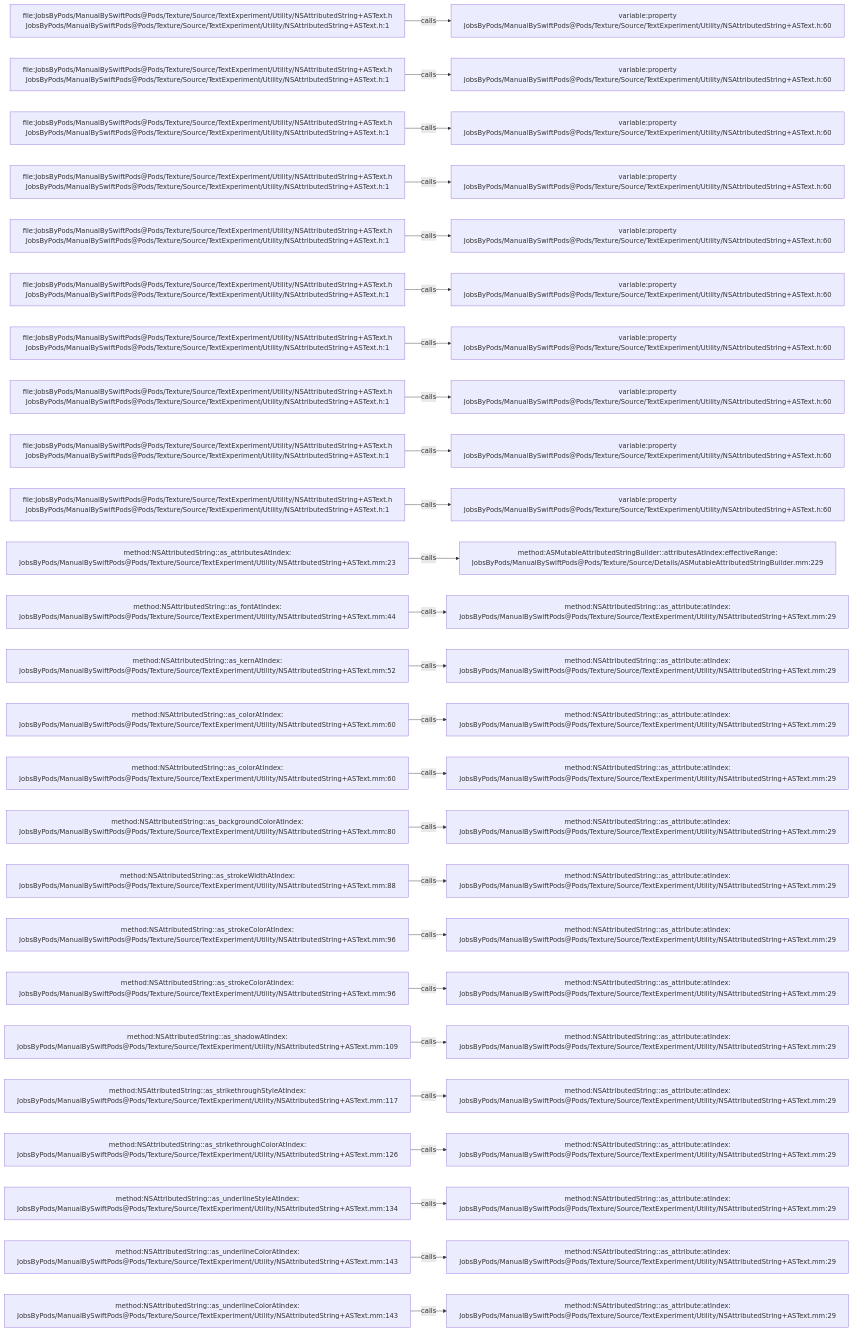
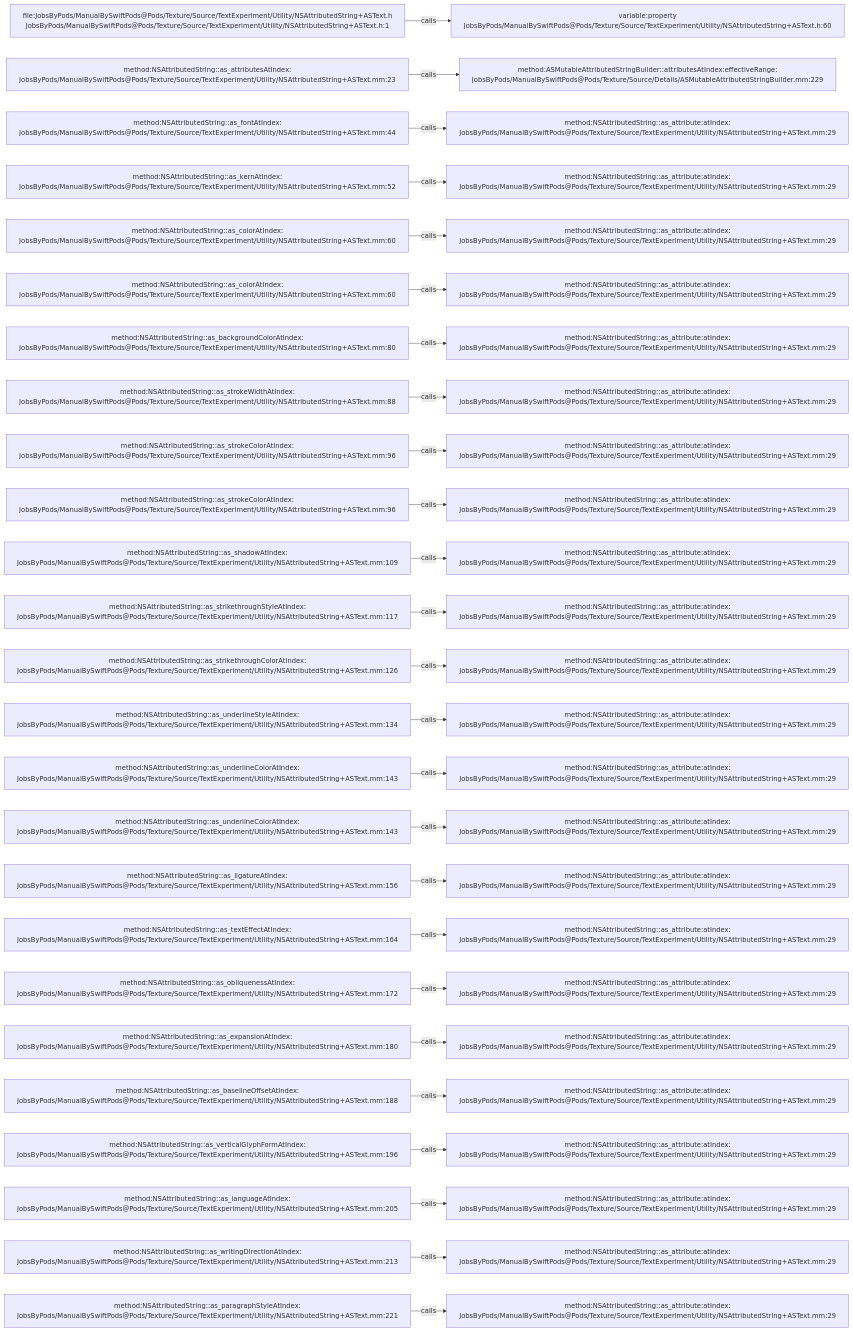
One commit to JobsKits/JobsSwiftBaseConfigDemo changed the diagram in .codegraph/codegraph.md/graphs/calls-142.md. Above: the diagram before and after it, drawn with Mermaid. The commit also changed 707 other files, not shown here.

````diff
--- a/.codegraph/codegraph.md/graphs/calls-142.md
+++ b/.codegraph/codegraph.md/graphs/calls-142.md
@@ -13,78 +13,78 @@
 ```mermaid
 flowchart LR
   S1["file:JobsByPods/ManualBySwiftPods@Pods/Texture/Source/TextExperiment/Utility/NSAttributedString+ASText.h<br/>JobsByPods/ManualBySwiftPods@Pods/Texture/Source/TextExperiment/Utility/NSAttributedString+ASText.h:1"]
   T1["variable:property<br/>JobsByPods/ManualBySwiftPods@Pods/Texture/Source/TextExperiment/Utility/NSAttributedString+ASText.h:60"]
   S1 -->|calls| T1
-  S2["file:JobsByPods/ManualBySwiftPods@Pods/Texture/Source/TextExperiment/Utility/NSAttributedString+ASText.h<br/>JobsByPods/ManualBySwiftPods@Pods/Texture/Source/TextExperiment/Utility/NSAttributedString+ASText.h:1"]
-  T2["variable:property<br/>JobsByPods/ManualBySwiftPods@Pods/Texture/Source/TextExperiment/Utility/NSAttributedString+ASText.h:60"]
+  S2["method:NSAttributedString::as_attributesAtIndex:<br/>JobsByPods/ManualBySwiftPods@Pods/Texture/Source/TextExperiment/Utility/NSAttributedString+ASText.mm:23"]
+  T2["method:ASMutableAttributedStringBuilder::attributesAtIndex:effectiveRange:<br/>JobsByPods/ManualBySwiftPods@Pods/Texture/Source/Details/ASMutableAttributedStringBuilder.mm:229"]
   S2 -->|calls| T2
-  S3["file:JobsByPods/ManualBySwiftPods@Pods/Texture/Source/TextExperiment/Utility/NSAttributedString+ASText.h<br/>JobsByPods/ManualBySwiftPods@Pods/Texture/Source/TextExperiment/Utility/NSAttributedString+ASText.h:1"]
-  T3["variable:property<br/>JobsByPods/ManualBySwiftPods@Pods/Texture/Source/TextExperiment/Utility/NSAttributedString+ASText.h:60"]
+  S3["method:NSAttributedString::as_fontAtIndex:<br/>JobsByPods/ManualBySwiftPods@Pods/Texture/Source/TextExperiment/Utility/NSAttributedString+ASText.mm:44"]
+  T3["method:NSAttributedString::as_attribute:atIndex:<br/>JobsByPods/ManualBySwiftPods@Pods/Texture/Source/TextExperiment/Utility/NSAttributedString+ASText.mm:29"]
   S3 -->|calls| T3
-  S4["file:JobsByPods/ManualBySwiftPods@Pods/Texture/Source/TextExperiment/Utility/NSAttributedString+ASText.h<br/>JobsByPods/ManualBySwiftPods@Pods/Texture/Source/TextExperiment/Utility/NSAttributedString+ASText.h:1"]
-  T4["variable:property<br/>JobsByPods/ManualBySwiftPods@Pods/Texture/Source/TextExperiment/Utility/NSAttributedString+ASText.h:60"]
+  S4["method:NSAttributedString::as_kernAtIndex:<br/>JobsByPods/ManualBySwiftPods@Pods/Texture/Source/TextExperiment/Utility/NSAttributedString+ASText.mm:52"]
+  T4["method:NSAttributedString::as_attribute:atIndex:<br/>JobsByPods/ManualBySwiftPods@Pods/Texture/Source/TextExperiment/Utility/NSAttributedString+ASText.mm:29"]
   S4 -->|calls| T4
-  S5["file:JobsByPods/ManualBySwiftPods@Pods/Texture/Source/TextExperiment/Utility/NSAttributedString+ASText.h<br/>JobsByPods/ManualBySwiftPods@Pods/Texture/Source/TextExperiment/Utility/NSAttributedString+ASText.h:1"]
-  T5["variable:property<br/>JobsByPods/ManualBySwiftPods@Pods/Texture/Source/TextExperiment/Utility/NSAttributedString+ASText.h:60"]
+  S5["method:NSAttributedString::as_colorAtIndex:<br/>JobsByPods/ManualBySwiftPods@Pods/Texture/Source/TextExperiment/Utility/NSAttributedString+ASText.mm:60"]
+  T5["method:NSAttributedString::as_attribute:atIndex:<br/>JobsByPods/ManualBySwiftPods@Pods/Texture/Source/TextExperiment/Utility/NSAttributedString+ASText.mm:29"]
   S5 -->|calls| T5
-  S6["file:JobsByPods/ManualBySwiftPods@Pods/Texture/Source/TextExperiment/Utility/NSAttributedString+ASText.h<br/>JobsByPods/ManualBySwiftPods@Pods/Texture/Source/TextExperiment/Utility/NSAttributedString+ASText.h:1"]
-  T6["variable:property<br/>JobsByPods/ManualBySwiftPods@Pods/Texture/Source/TextExperiment/Utility/NSAttributedString+ASText.h:60"]
+  S6["method:NSAttributedString::as_colorAtIndex:<br/>JobsByPods/ManualBySwiftPods@Pods/Texture/Source/TextExperiment/Utility/NSAttributedString+ASText.mm:60"]
+  T6["method:NSAttributedString::as_attribute:atIndex:<br/>JobsByPods/ManualBySwiftPods@Pods/Texture/Source/TextExperiment/Utility/NSAttributedString+ASText.mm:29"]
   S6 -->|calls| T6
-  S7["file:JobsByPods/ManualBySwiftPods@Pods/Texture/Source/TextExperiment/Utility/NSAttributedString+ASText.h<br/>JobsByPods/ManualBySwiftPods@Pods/Texture/Source/TextExperiment/Utility/NSAttributedString+ASText.h:1"]
-  T7["variable:property<br/>JobsByPods/ManualBySwiftPods@Pods/Texture/Source/TextExperiment/Utility/NSAttributedString+ASText.h:60"]
+  S7["method:NSAttributedString::as_backgroundColorAtIndex:<br/>JobsByPods/ManualBySwiftPods@Pods/Texture/Source/TextExperiment/Utility/NSAttributedString+ASText.mm:80"]
+  T7["method:NSAttributedString::as_attribute:atIndex:<br/>JobsByPods/ManualBySwiftPods@Pods/Texture/Source/TextExperiment/Utility/NSAttributedString+ASText.mm:29"]
   S7 -->|calls| T7
-  S8["file:JobsByPods/ManualBySwiftPods@Pods/Texture/Source/TextExperiment/Utility/NSAttributedString+ASText.h<br/>JobsByPods/ManualBySwiftPods@Pods/Texture/Source/TextExperiment/Utility/NSAttributedString+ASText.h:1"]
-  T8["variable:property<br/>JobsByPods/ManualBySwiftPods@Pods/Texture/Source/TextExperiment/Utility/NSAttributedString+ASText.h:60"]
+  S8["method:NSAttributedString::as_strokeWidthAtIndex:<br/>JobsByPods/ManualBySwiftPods@Pods/Texture/Source/TextExperiment/Utility/NSAttributedString+ASText.mm:88"]
+  T8["method:NSAttributedString::as_attribute:atIndex:<br/>JobsByPods/ManualBySwiftPods@Pods/Texture/Source/TextExperiment/Utility/NSAttributedString+ASText.mm:29"]
   S8 -->|calls| T8
-  S9["file:JobsByPods/ManualBySwiftPods@Pods/Texture/Source/TextExperiment/Utility/NSAttributedString+ASText.h<br/>JobsByPods/ManualBySwiftPods@Pods/Texture/Source/TextExperiment/Utility/NSAttributedString+ASText.h:1"]
-  T9["variable:property<br/>JobsByPods/ManualBySwiftPods@Pods/Texture/Source/TextExperiment/Utility/NSAttributedString+ASText.h:60"]
+  S9["method:NSAttributedString::as_strokeColorAtIndex:<br/>JobsByPods/ManualBySwiftPods@Pods/Texture/Source/TextExperiment/Utility/NSAttributedString+ASText.mm:96"]
+  T9["method:NSAttributedString::as_attribute:atIndex:<br/>JobsByPods/ManualBySwiftPods@Pods/Texture/Source/TextExperiment/Utility/NSAttributedString+ASText.mm:29"]
   S9 -->|calls| T9
-  S10["file:JobsByPods/ManualBySwiftPods@Pods/Texture/Source/TextExperiment/Utility/NSAttributedString+ASText.h<br/>JobsByPods/ManualBySwiftPods@Pods/Texture/Source/TextExperiment/Utility/NSAttributedString+ASText.h:1"]
-  T10["variable:property<br/>JobsByPods/ManualBySwiftPods@Pods/Texture/Source/TextExperiment/Utility/NSAttributedString+ASText.h:60"]
+  S10["method:NSAttributedString::as_strokeColorAtIndex:<br/>JobsByPods/ManualBySwiftPods@Pods/Texture/Source/TextExperiment/Utility/NSAttributedString+ASText.mm:96"]
+  T10["method:NSAttributedString::as_attribute:atIndex:<br/>JobsByPods/ManualBySwiftPods@Pods/Texture/Source/TextExperiment/Utility/NSAttributedString+ASText.mm:29"]
   S10 -->|calls| T10
-  S11["method:NSAttributedString::as_attributesAtIndex:<br/>JobsByPods/ManualBySwiftPods@Pods/Texture/Source/TextExperiment/Utility/NSAttributedString+ASText.mm:23"]
-  T11["method:ASMutableAttributedStringBuilder::attributesAtIndex:effectiveRange:<br/>JobsByPods/ManualBySwiftPods@Pods/Texture/Source/Details/ASMutableAttributedStringBuilder.mm:229"]
+  S11["method:NSAttributedString::as_shadowAtIndex:<br/>JobsByPods/ManualBySwiftPods@Pods/Texture/Source/TextExperiment/Utility/NSAttributedString+ASText.mm:109"]
+  T11["method:NSAttributedString::as_attribute:atIndex:<br/>JobsByPods/ManualBySwiftPods@Pods/Texture/Source/TextExperiment/Utility/NSAttributedString+ASText.mm:29"]
   S11 -->|calls| T11
-  S12["method:NSAttributedString::as_fontAtIndex:<br/>JobsByPods/ManualBySwiftPods@Pods/Texture/Source/TextExperiment/Utility/NSAttributedString+ASText.mm:44"]
+  S12["method:NSAttributedString::as_strikethroughStyleAtIndex:<br/>JobsByPods/ManualBySwiftPods@Pods/Texture/Source/TextExperiment/Utility/NSAttributedString+ASText.mm:117"]
   T12["method:NSAttributedString::as_attribute:atIndex:<br/>JobsByPods/ManualBySwiftPods@Pods/Texture/Source/TextExperiment/Utility/NSAttributedString+ASText.mm:29"]
   S12 -->|calls| T12
-  S13["method:NSAttributedString::as_kernAtIndex:<br/>JobsByPods/ManualBySwiftPods@Pods/Texture/Source/TextExperiment/Utility/NSAttributedString+ASText.mm:52"]
+  S13["method:NSAttributedString::as_strikethroughColorAtIndex:<br/>JobsByPods/ManualBySwiftPods@Pods/Texture/Source/TextExperiment/Utility/NSAttributedString+ASText.mm:126"]
   T13["method:NSAttributedString::as_attribute:atIndex:<br/>JobsByPods/ManualBySwiftPods@Pods/Texture/Source/TextExperiment/Utility/NSAttributedString+ASText.mm:29"]
   S13 -->|calls| T13
-  S14["method:NSAttributedString::as_colorAtIndex:<br/>JobsByPods/ManualBySwiftPods@Pods/Texture/Source/TextExperiment/Utility/NSAttributedString+ASText.mm:60"]
+  S14["method:NSAttributedString::as_underlineStyleAtIndex:<br/>JobsByPods/ManualBySwiftPods@Pods/Texture/Source/TextExperiment/Utility/NSAttributedString+ASText.mm:134"]
   T14["method:NSAttributedString::as_attribute:atIndex:<br/>JobsByPods/ManualBySwiftPods@Pods/Texture/Source/TextExperiment/Utility/NSAttributedString+ASText.mm:29"]
   S14 -->|calls| T14
-  S15["method:NSAttributedString::as_colorAtIndex:<br/>JobsByPods/ManualBySwiftPods@Pods/Texture/Source/TextExperiment/Utility/NSAttributedString+ASText.mm:60"]
+  S15["method:NSAttributedString::as_underlineColorAtIndex:<br/>JobsByPods/ManualBySwiftPods@Pods/Texture/Source/TextExperiment/Utility/NSAttributedString+ASText.mm:143"]
   T15["method:NSAttributedString::as_attribute:atIndex:<br/>JobsByPods/ManualBySwiftPods@Pods/Texture/Source/TextExperiment/Utility/NSAttributedString+ASText.mm:29"]
   S15 -->|calls| T15
-  S16["method:NSAttributedString::as_backgroundColorAtIndex:<br/>JobsByPods/ManualBySwiftPods@Pods/Texture/Source/TextExperiment/Utility/NSAttributedString+ASText.mm:80"]
+  S16["method:NSAttributedString::as_underlineColorAtIndex:<br/>JobsByPods/ManualBySwiftPods@Pods/Texture/Source/TextExperiment/Utility/NSAttributedString+ASText.mm:143"]
   T16["method:NSAttributedString::as_attribute:atIndex:<br/>JobsByPods/ManualBySwiftPods@Pods/Texture/Source/TextExperiment/Utility/NSAttributedString+ASText.mm:29"]
   S16 -->|calls| T16
-  S17["method:NSAttributedString::as_strokeWidthAtIndex:<br/>JobsByPods/ManualBySwiftPods@Pods/Texture/Source/TextExperiment/Utility/NSAttributedString+ASText.mm:88"]
+  S17["method:NSAttributedString::as_ligatureAtIndex:<br/>JobsByPods/ManualBySwiftPods@Pods/Texture/Source/TextExperiment/Utility/NSAttributedString+ASText.mm:156"]
   T17["method:NSAttributedString::as_attribute:atIndex:<br/>JobsByPods/ManualBySwiftPods@Pods/Texture/Source/TextExperiment/Utility/NSAttributedString+ASText.mm:29"]
   S17 -->|calls| T17
-  S18["method:NSAttributedString::as_strokeColorAtIndex:<br/>JobsByPods/ManualBySwiftPods@Pods/Texture/Source/TextExperiment/Utility/NSAttributedString+ASText.mm:96"]
+  S18["method:NSAttributedString::as_textEffectAtIndex:<br/>JobsByPods/ManualBySwiftPods@Pods/Texture/Source/TextExperiment/Utility/NSAttributedString+ASText.mm:164"]
   T18["method:NSAttributedString::as_attribute:atIndex:<br/>JobsByPods/ManualBySwiftPods@Pods/Texture/Source/TextExperiment/Utility/NSAttributedString+ASText.mm:29"]
   S18 -->|calls| T18
-  S19["method:NSAttributedString::as_strokeColorAtIndex:<br/>JobsByPods/ManualBySwiftPods@Pods/Texture/Source/TextExperiment/Utility/NSAttributedString+ASText.mm:96"]
+  S19["method:NSAttributedString::as_obliquenessAtIndex:<br/>JobsByPods/ManualBySwiftPods@Pods/Texture/Source/TextExperiment/Utility/NSAttributedString+ASText.mm:172"]
   T19["method:NSAttributedString::as_attribute:atIndex:<br/>JobsByPods/ManualBySwiftPods@Pods/Texture/Source/TextExperiment/Utility/NSAttributedString+ASText.mm:29"]
   S19 -->|calls| T19
-  S20["method:NSAttributedString::as_shadowAtIndex:<br/>JobsByPods/ManualBySwiftPods@Pods/Texture/Source/TextExperiment/Utility/NSAttributedString+ASText.mm:109"]
+  S20["method:NSAttributedString::as_expansionAtIndex:<br/>JobsByPods/ManualBySwiftPods@Pods/Texture/Source/TextExperiment/Utility/NSAttributedString+ASText.mm:180"]
   T20["method:NSAttributedString::as_attribute:atIndex:<br/>JobsByPods/ManualBySwiftPods@Pods/Texture/Source/TextExperiment/Utility/NSAttributedString+ASText.mm:29"]
   S20 -->|calls| T20
-  S21["method:NSAttributedString::as_strikethroughStyleAtIndex:<br/>JobsByPods/ManualBySwiftPods@Pods/Texture/Source/TextExperiment/Utility/NSAttributedString+ASText.mm:117"]
+  S21["method:NSAttributedString::as_baselineOffsetAtIndex:<br/>JobsByPods/ManualBySwiftPods@Pods/Texture/Source/TextExperiment/Utility/NSAttributedString+ASText.mm:188"]
   T21["method:NSAttributedString::as_attribute:atIndex:<br/>JobsByPods/ManualBySwiftPods@Pods/Texture/Source/TextExperiment/Utility/NSAttributedString+ASText.mm:29"]
   S21 -->|calls| T21
-  S22["method:NSAttributedString::as_strikethroughColorAtIndex:<br/>JobsByPods/ManualBySwiftPods@Pods/Texture/Source/TextExperiment/Utility/NSAttributedString+ASText.mm:126"]
+  S22["method:NSAttributedString::as_verticalGlyphFormAtIndex:<br/>JobsByPods/ManualBySwiftPods@Pods/Texture/Source/TextExperiment/Utility/NSAttributedString+ASText.mm:196"]
   T22["method:NSAttributedString::as_attribute:atIndex:<br/>JobsByPods/ManualBySwiftPods@Pods/Texture/Source/TextExperiment/Utility/NSAttributedString+ASText.mm:29"]
   S22 -->|calls| T22
-  S23["method:NSAttributedString::as_underlineStyleAtIndex:<br/>JobsByPods/ManualBySwiftPods@Pods/Texture/Source/TextExperiment/Utility/NSAttributedString+ASText.mm:134"]
+  S23["method:NSAttributedString::as_languageAtIndex:<br/>JobsByPods/ManualBySwiftPods@Pods/Texture/Source/TextExperiment/Utility/NSAttributedString+ASText.mm:205"]
   T23["method:NSAttributedString::as_attribute:atIndex:<br/>JobsByPods/ManualBySwiftPods@Pods/Texture/Source/TextExperiment/Utility/NSAttributedString+ASText.mm:29"]
   S23 -->|calls| T23
-  S24["method:NSAttributedString::as_underlineColorAtIndex:<br/>JobsByPods/ManualBySwiftPods@Pods/Texture/Source/TextExperiment/Utility/NSAttributedString+ASText.mm:143"]
+  S24["method:NSAttributedString::as_writingDirectionAtIndex:<br/>JobsByPods/ManualBySwiftPods@Pods/Texture/Source/TextExperiment/Utility/NSAttributedString+ASText.mm:213"]
   T24["method:NSAttributedString::as_attribute:atIndex:<br/>JobsByPods/ManualBySwiftPods@Pods/Texture/Source/TextExperiment/Utility/NSAttributedString+ASText.mm:29"]
   S24 -->|calls| T24
-  S25["method:NSAttributedString::as_underlineColorAtIndex:<br/>JobsByPods/ManualBySwiftPods@Pods/Texture/Source/TextExperiment/Utility/NSAttributedString+ASText.mm:143"]
+  S25["method:NSAttributedString::as_paragraphStyleAtIndex:<br/>JobsByPods/ManualBySwiftPods@Pods/Texture/Source/TextExperiment/Utility/NSAttributedString+ASText.mm:221"]
   T25["method:NSAttributedString::as_attribute:atIndex:<br/>JobsByPods/ManualBySwiftPods@Pods/Texture/Source/TextExperiment/Utility/NSAttributedString+ASText.mm:29"]
   S25 -->|calls| T25
 ```
````
